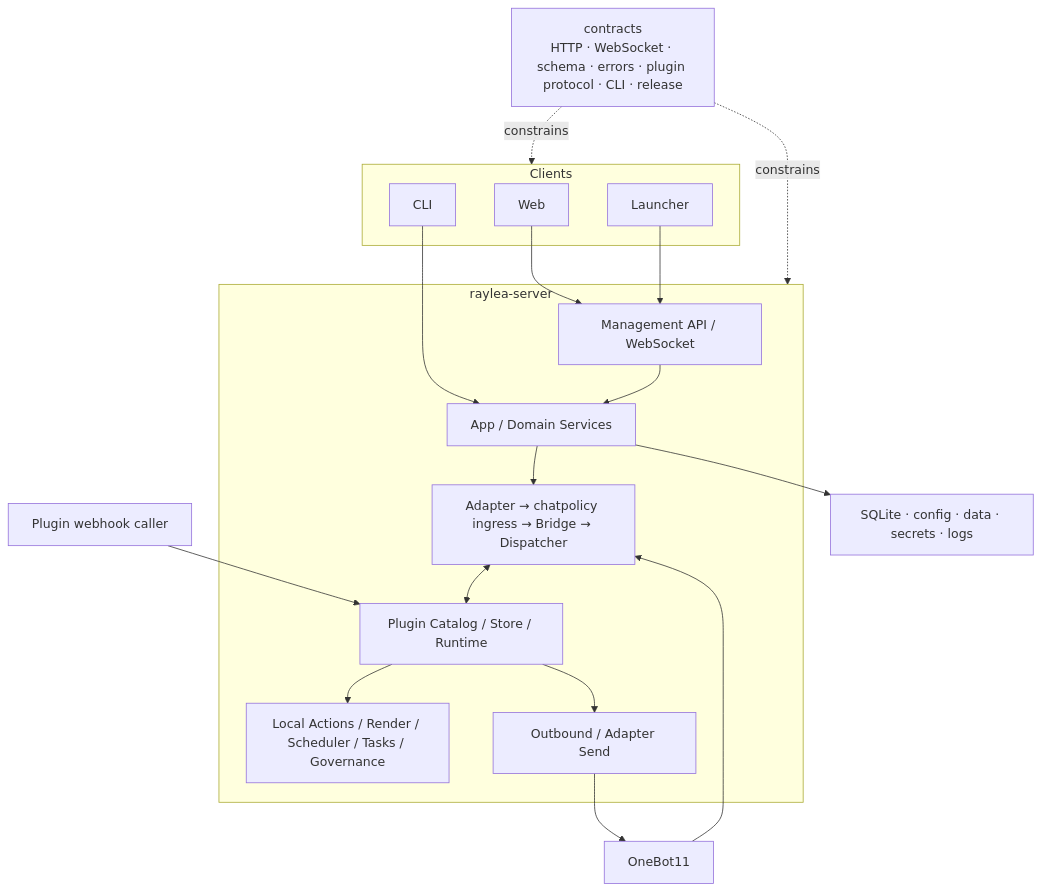
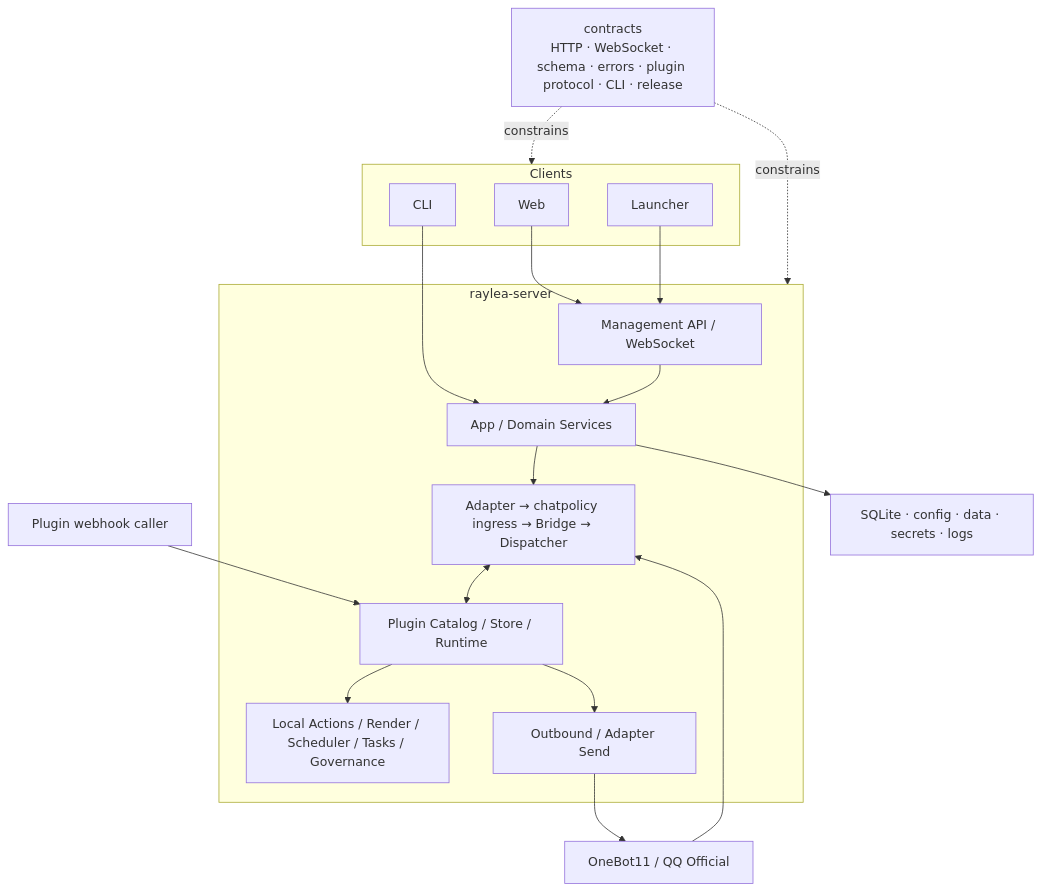
Before and after one commit to RayleaBot/RayleaBot: the first of 2 diagrams in docs/architecture/platform-architecture.md, drawn with Mermaid. The commit also changed other lines of this file and 37 other files, not shown here.

````diff
--- a/docs/architecture/platform-architecture.md
+++ b/docs/architecture/platform-architecture.md
@@ -7,35 +7,35 @@
 ```mermaid
 flowchart TB
     C["contracts<br/>HTTP · WebSocket · schema · errors · plugin protocol · CLI · release"]
 
     subgraph Clients["Clients"]
         W["Web"]
         L["Launcher"]
         CLI["CLI"]
     end
 
     subgraph Server["raylea-server"]
         API["Management API / WebSocket"]
         APP["App / Domain Services"]
         PIPE["Adapter → chatpolicy ingress → Bridge → Dispatcher"]
         PR["Plugin Catalog / Store / Runtime"]
         CAP["Local Actions / Render / Scheduler / Tasks / Governance"]
         OUT["Outbound / Adapter Send"]
     end
 
-    OB["OneBot11"] --> PIPE
+    OB["OneBot11 / QQ Official"] --> PIPE
     HOOK["Plugin webhook caller"] --> PR
     W --> API
     L --> API
     CLI --> APP
     API --> APP
     APP --> PIPE
     PIPE <--> PR
     PR --> CAP
     PR --> OUT
     OUT --> OB
     APP --> STATE["SQLite · config · data · secrets · logs"]
 
     C -. constrains .-> Clients
     C -. constrains .-> Server
 ```
````
